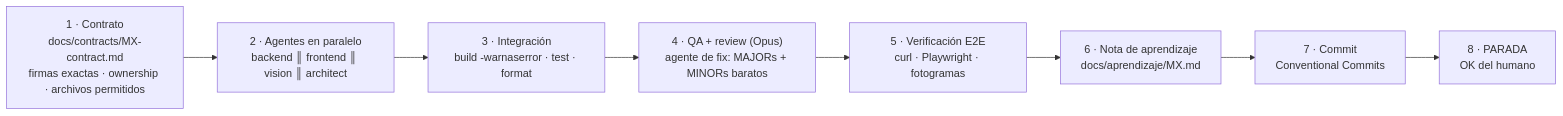
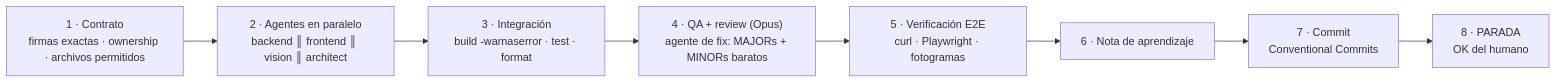
The sixth of 7 diagrams in docs/README.es.md (isma123nassif/QualityVision), drawn with Mermaid before and after one commit. The commit also changed other lines of this file and 38 other files, not shown here.

````diff
--- a/docs/README.es.md
+++ b/docs/README.es.md
@@ -696,10 +696,10 @@
 ```mermaid
 flowchart LR
-    C["1 · Contrato<br/>docs/contracts/MX-contract.md<br/>firmas exactas · ownership · archivos permitidos"] --> P["2 · Agentes en paralelo<br/>backend ║ frontend ║ vision ║ architect"]
+    C["1 · Contrato<br/>firmas exactas · ownership · archivos permitidos"] --> P["2 · Agentes en paralelo<br/>backend ║ frontend ║ vision ║ architect"]
     P --> I["3 · Integración<br/>build -warnaserror · test · format"]
     I --> QA["4 · QA + review (Opus)<br/>agente de fix: MAJORs + MINORs baratos"]
     QA --> E["5 · Verificación E2E<br/>curl · Playwright · fotogramas"]
-    E --> L["6 · Nota de aprendizaje<br/>docs/aprendizaje/MX.md"]
+    E --> L["6 · Nota de aprendizaje"]
     L --> G["7 · Commit<br/>Conventional Commits"]
     G --> S["8 · PARADA<br/>OK del humano"]
 ```
````
